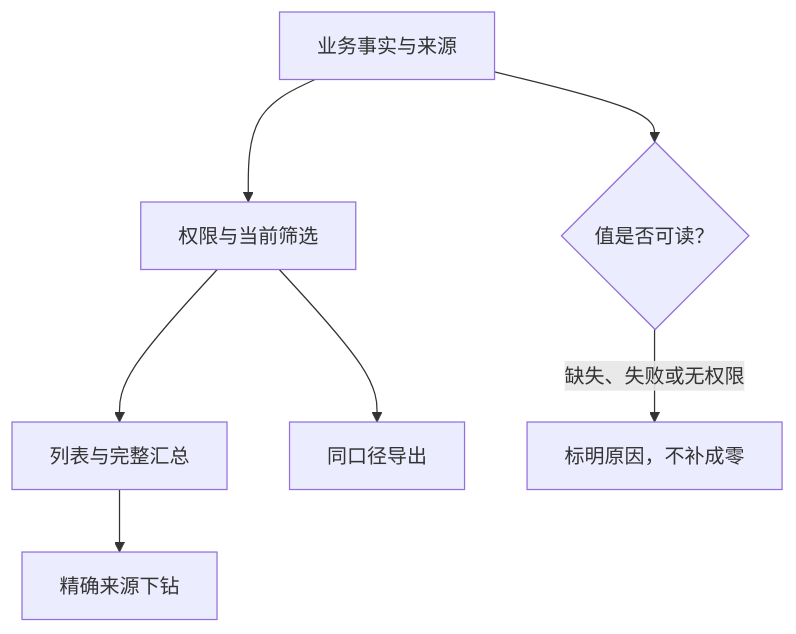
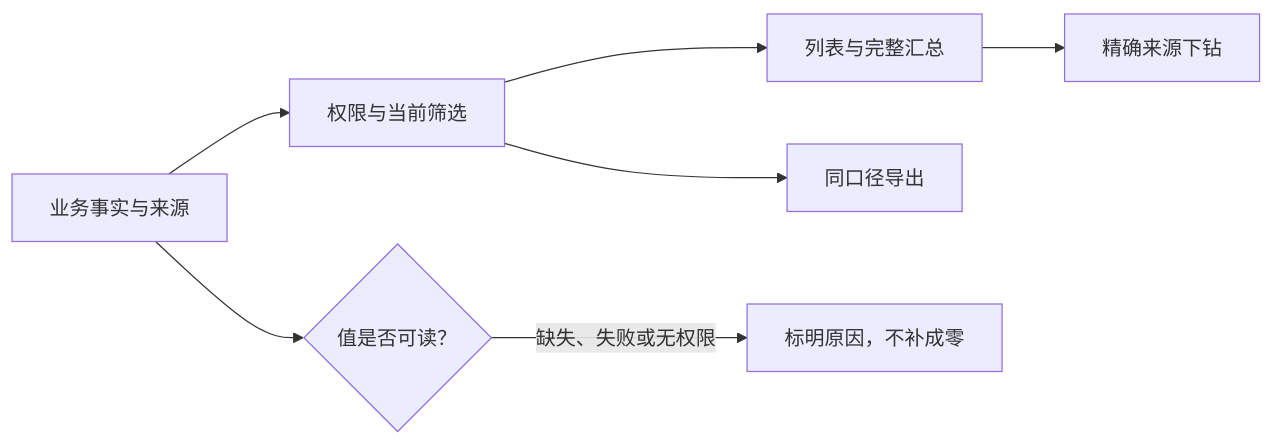
Before and after one commit to saurick/plush-toy-erp: the fourth of 8 diagrams in docs/product/ui-design/交互设计说明.md, drawn with Mermaid. The commit also changed other lines of this file and 296 other files, not shown here.

Commit message:
feat(erp): 完善业务办理、产品图片和岗位权限

````diff
--- a/docs/product/ui-design/交互设计说明.md
+++ b/docs/product/ui-design/交互设计说明.md
@@ -1317,9 +1345,9 @@
 ```mermaid
-flowchart TB
+flowchart LR
   A["业务事实与来源"] --> B["权限与当前筛选"]
   B --> C["列表与完整汇总"]
   B --> D["同口径导出"]
   C --> E["精确来源下钻"]
   A --> F{"值是否可读？"}
   F -->|缺失、失败或无权限| G["标明原因，不补成零"]
 ```
````
